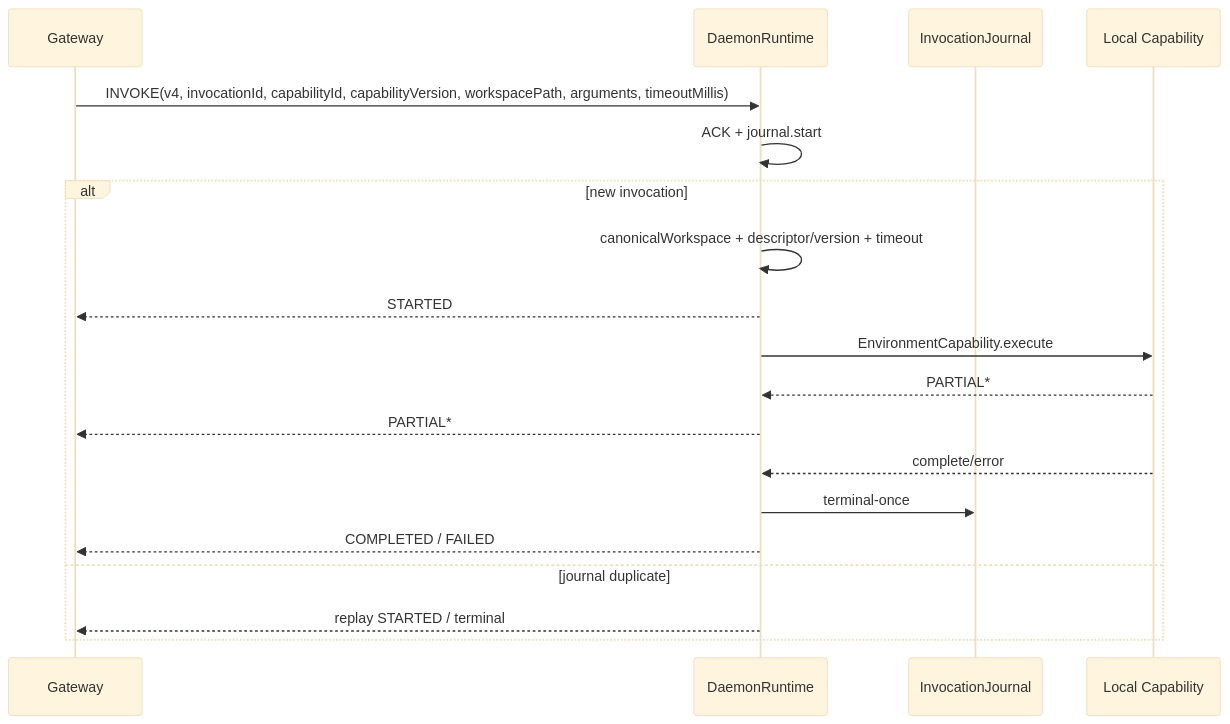
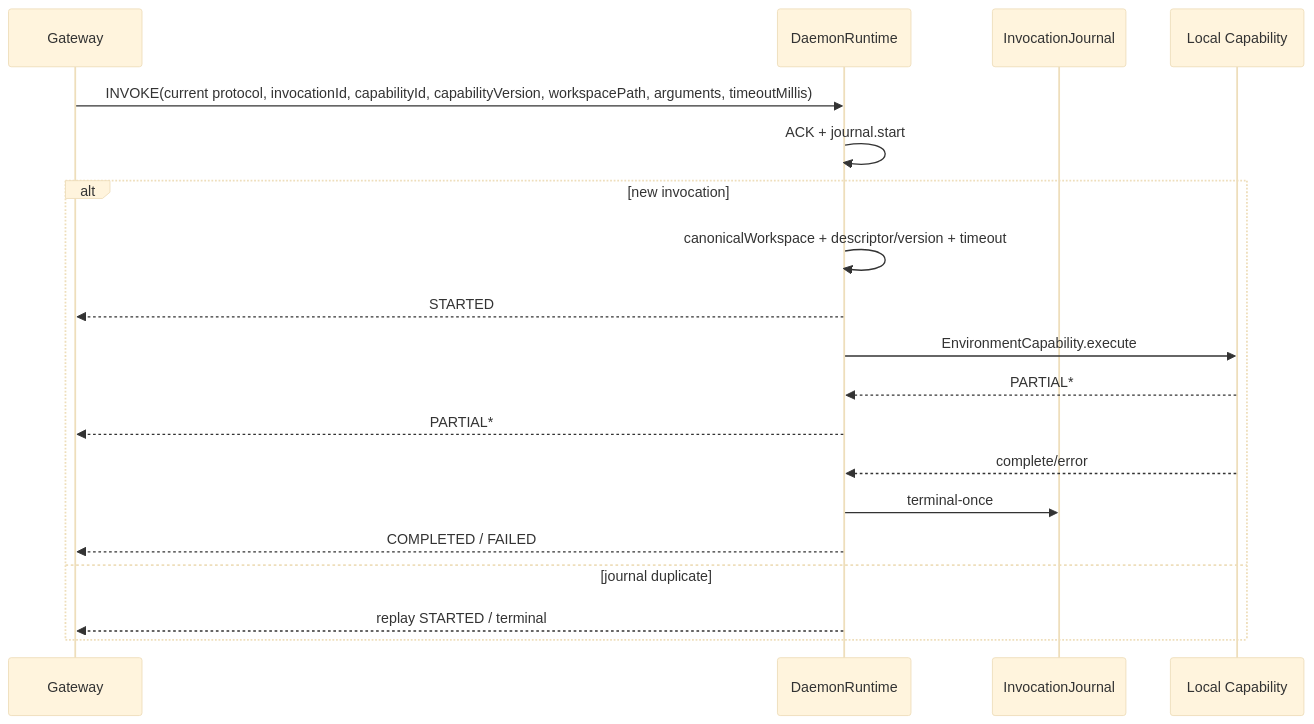
One commit to fengwk/kk-studio changed the diagram in docs/modules/harness-daemon.md. Above: the diagram before and after it, drawn with Mermaid (base theme). The commit also changed other lines of this file and 32 other files, not shown here.

Commit message:
refactor: finalize capability daemon protocol

````diff
--- a/docs/modules/harness-daemon.md
+++ b/docs/modules/harness-daemon.md
@@ -173,21 +173,21 @@
 ```mermaid
 sequenceDiagram
   participant G as Gateway
   participant D as DaemonRuntime
   participant J as InvocationJournal
   participant C as Local Capability
-  G->>D: INVOKE(v4, invocationId, capabilityId, capabilityVersion, workspacePath, arguments, timeoutMillis)
+  G->>D: INVOKE(current protocol, invocationId, capabilityId, capabilityVersion, workspacePath, arguments, timeoutMillis)
   D->>D: ACK + journal.start
   alt new invocation
     D->>D: canonicalWorkspace + descriptor/version + timeout
     D-->>G: STARTED
     D->>C: EnvironmentCapability.execute
     C-->>D: PARTIAL*
     D-->>G: PARTIAL*
     C-->>D: complete/error
     D->>J: terminal-once
     D-->>G: COMPLETED / FAILED
   else journal duplicate
     D-->>G: replay STARTED / terminal
   end
 ```
````
